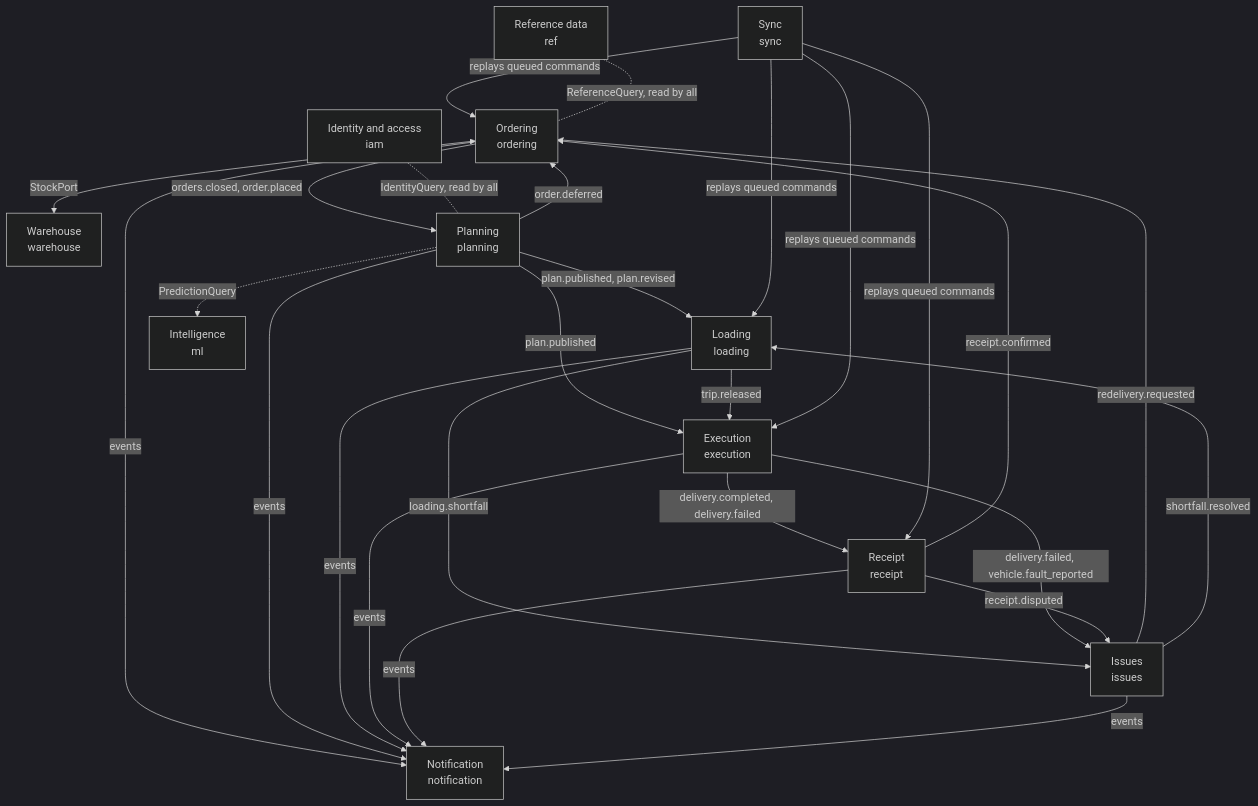
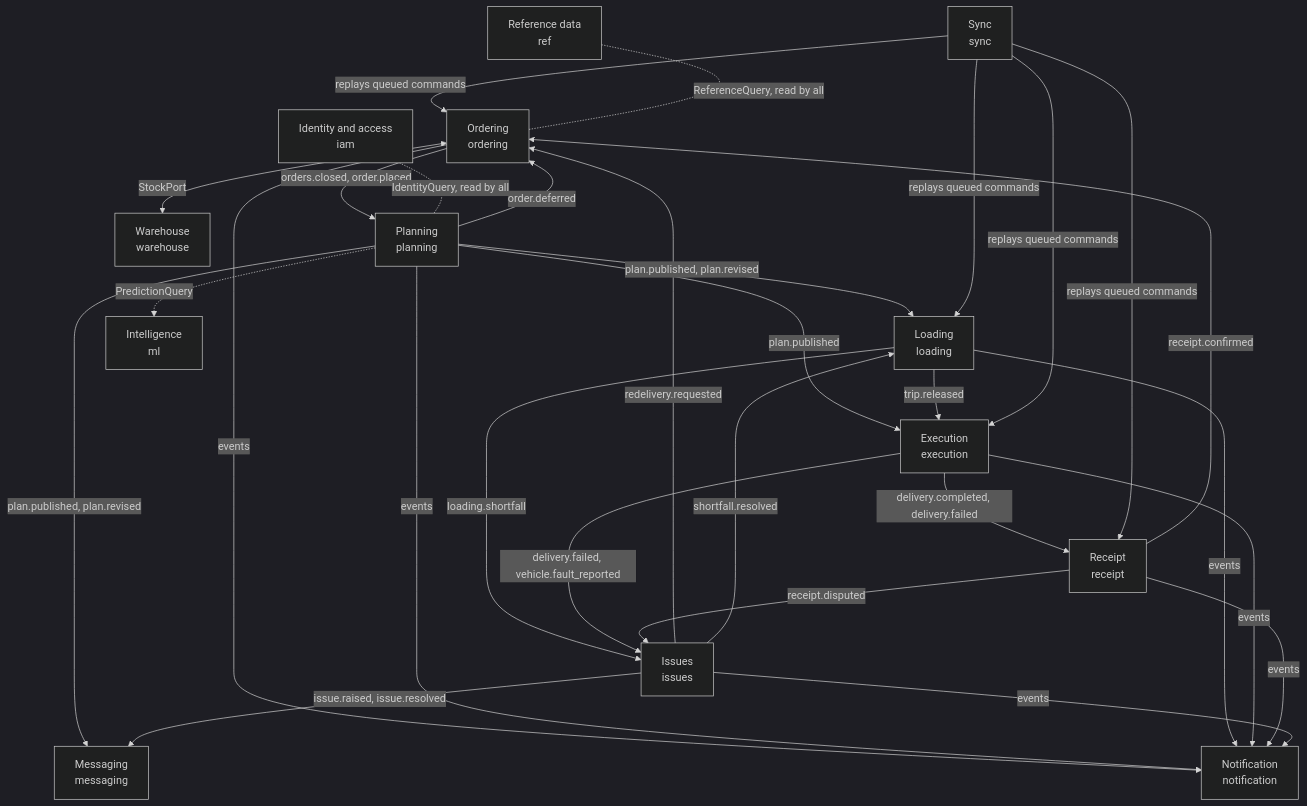
The third of 5 diagrams in docs/architecture.md (Dinusha-Ekanayake/Xception-WaypointGo), drawn with Mermaid (dark theme) before and after one commit. The commit also changed other lines of this file and 12 other files, not shown here.

First line of the commit message:
docs: architecture diagrams and a current data model

````diff
--- a/docs/architecture.md
+++ b/docs/architecture.md
@@ -69,34 +75,37 @@
 ```mermaid
 flowchart TB
   REF[Reference data<br/>ref]
   IAM[Identity and access<br/>iam]
   ORD[Ordering<br/>ordering]
   WHS[Warehouse<br/>warehouse]
   PLN[Planning<br/>planning]
   LOD[Loading<br/>loading]
   EXE[Execution<br/>execution]
   RCP[Receipt<br/>receipt]
   ISS[Issues<br/>issues]
   NOT[Notification<br/>notification]
   INT[Intelligence<br/>ml]
   SYN[Sync<br/>sync]
+  MSG[Messaging<br/>messaging]
 
   ORD -->|orders.closed, order.placed| PLN
   ORD <-->|StockPort| WHS
   PLN -->|plan.published, plan.revised| LOD
   PLN -->|plan.published| EXE
   PLN -->|order.deferred| ORD
   LOD -->|trip.released| EXE
   LOD -->|loading.shortfall| ISS
   EXE -->|delivery.completed, delivery.failed| RCP
   EXE -->|delivery.failed, vehicle.fault_reported| ISS
   RCP -->|receipt.disputed| ISS
   RCP -->|receipt.confirmed| ORD
   ISS -->|redelivery.requested| ORD
   ISS -->|shortfall.resolved| LOD
   PLN -. PredictionQuery .-> INT
   SYN -->|replays queued commands| ORD & LOD & EXE & RCP
+  PLN -->|plan.published, plan.revised| MSG
+  ISS -->|issue.raised, issue.resolved| MSG
   ORD & PLN & LOD & EXE & RCP & ISS -->|events| NOT
   REF -. ReferenceQuery, read by all .- ORD
   IAM -. IdentityQuery, read by all .- PLN
 ```
````
